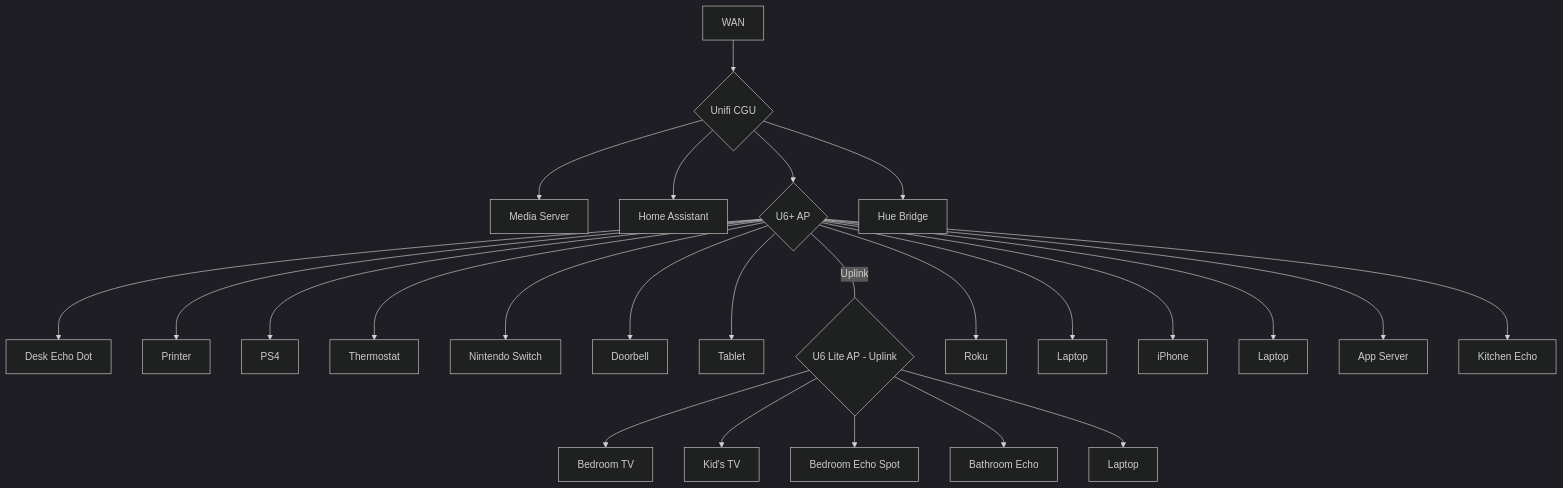
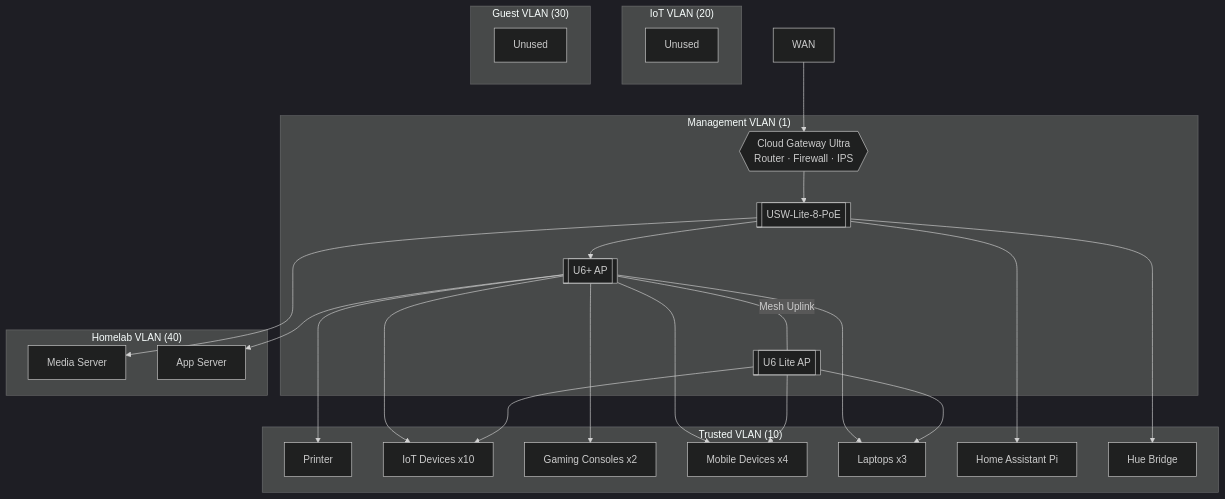
One commit to emilio-ovalles/homelab changed the diagram in README.md. Above: the diagram before and after it, drawn with Mermaid (dark theme).

Commit message:
Enhance architecture diagram with VLANs and devices
Expanded the architecture section with VLANs and device details.

````diff
--- a/README.md
+++ b/README.md
@@ -12,27 +12,51 @@
 ```mermaid
 flowchart TD
-    A[WAN] --> B{Unifi CGU}
-    B --> C[Media Server]
-    B --> D[Home Assistant]
-    B --> E{U6+ AP}
-    B --> F[Hue Bridge]
-    E --> Client1[Desk Echo Dot]
-    E --> Client2[Printer]
-    E --> Client3[PS4]
-    E --> Client4[Thermostat]
-    E --> Client5[Nintendo Switch]
-    E --> Client6[Doorbell]
-    E --> Client7[Tablet]
-    E --- |Uplink| E2{U6 Lite AP - Uplink}
-    E --> Client8[Roku]
-    E --> Client9[Laptop]
-    E --> Client10[iPhone]
-    E --> Client11[Laptop]
-    E --> Client12[App Server]
-    E --> Client13[Kitchen Echo]
-    E2 --> Client14[Bedroom TV]
-    E2 --> Client15[Kid's TV]
-    E2 --> Client16[Bedroom Echo Spot]
-    E2 --> Client17[Bathroom Echo]
-    E2 --> Client18[Laptop]
+    wan[WAN]
+    
+    subgraph mgmt["Management VLAN (1)"]
+        cgu{{Cloud Gateway Ultra <br/> Router · Firewall · IPS}}
+        switch[[USW-Lite-8-PoE]]
+        ap1[[U6+ AP]]
+        ap2[[U6 Lite AP]]
+    end
+
+    subgraph trustedvlan["Trusted VLAN (10)"]
+        printer[Printer]
+        iot[IoT Devices x10]
+        gaming[Gaming Consoles x2]
+        mobile[Mobile Devices x4]
+        laptops[Laptops x3]
+        ha[Home Assistant Pi]
+        hue[Hue Bridge]
+    end
+
+    subgraph iotvlan["IoT VLAN (20)"]
+        iotempty[Unused]
+    end
+
+    subgraph guestvlan["Guest VLAN (30)"]
+        guestempty[Unused]
+    end
+
+    subgraph homelabvlan["Homelab VLAN (40)"]
+        air[Media Server]
+        pro[App Server]
+    end
+
+    wan --> cgu
+    cgu --> switch
+    switch --> ap1
+    switch --> hue
+    switch --> ha
+    switch --> air
+    ap1 --- |Mesh Uplink| ap2
+    ap1 --> pro
+    ap1 --> printer
+    ap1 --> iot
+    ap1 --> gaming
+    ap1 --> mobile
+    ap1 --> laptops
+    ap2 --> iot
+    ap2 --> mobile
+    ap2 --> laptops
 ```
````
